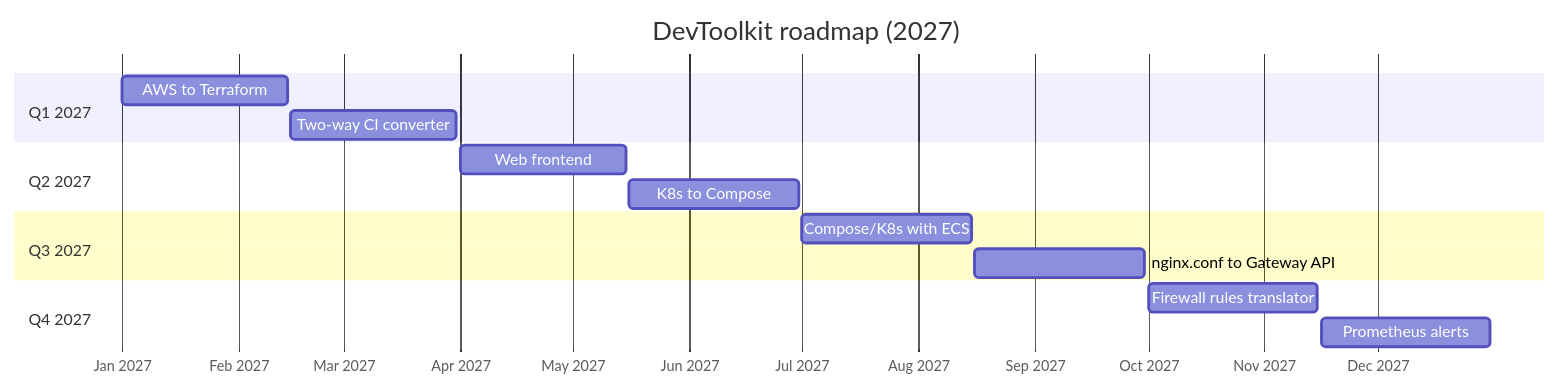
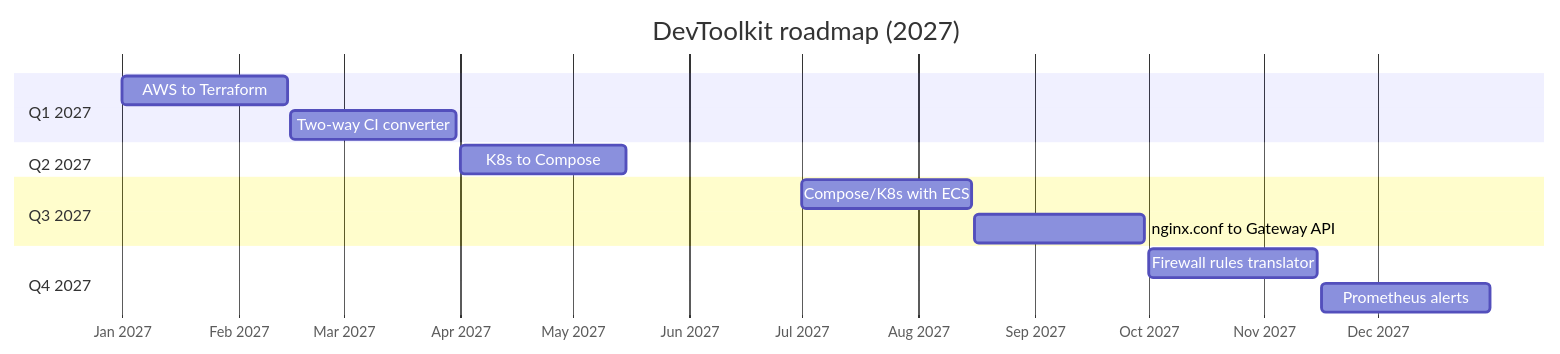
The diagram in docs/roadmap.md (zainsohail88/devtoolkit), drawn with Mermaid before and after one commit. The commit also changed other lines of this file and 40 other files, not shown here.

First line of the commit message:
Add the web UI, and make converter-api reachable only from it (#25)

````diff
--- a/docs/roadmap.md
+++ b/docs/roadmap.md
@@ -9,22 +9,21 @@
 ```mermaid
 gantt
     title DevToolkit roadmap (2027)
     dateFormat YYYY-MM-DD
     axisFormat %b %Y
 
     section Q1 2027
     AWS to Terraform                 :t1, 2027-01-01, 2027-02-14
     Two-way CI converter             :t2, 2027-02-15, 2027-03-31
 
     section Q2 2027
-    Web frontend                     :t3, 2027-04-01, 2027-05-15
-    K8s to Compose                   :t4, 2027-05-16, 2027-06-30
+    K8s to Compose                   :t3, 2027-04-01, 2027-05-15
 
     section Q3 2027
-    Compose/K8s with ECS             :t5, 2027-07-01, 2027-08-15
-    nginx.conf to Gateway API        :t6, 2027-08-16, 2027-09-30
+    Compose/K8s with ECS             :t4, 2027-07-01, 2027-08-15
+    nginx.conf to Gateway API        :t5, 2027-08-16, 2027-09-30
 
     section Q4 2027
-    Firewall rules translator        :t7, 2027-10-01, 2027-11-15
-    Prometheus alerts                :t8, 2027-11-16, 2027-12-31
+    Firewall rules translator        :t6, 2027-10-01, 2027-11-15
+    Prometheus alerts                :t7, 2027-11-16, 2027-12-31
 ```
````
